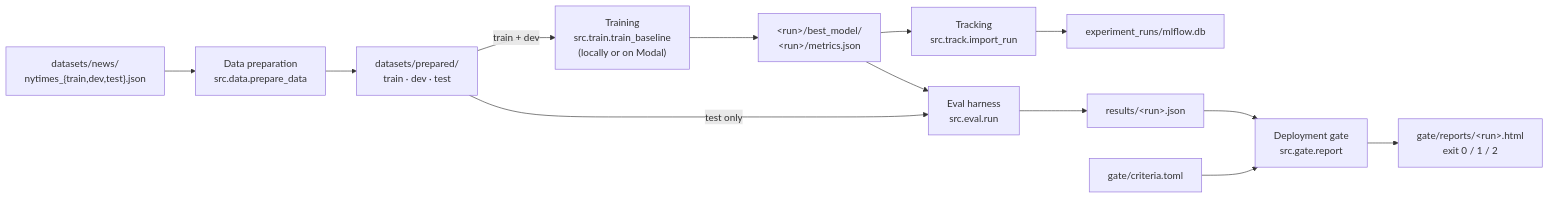
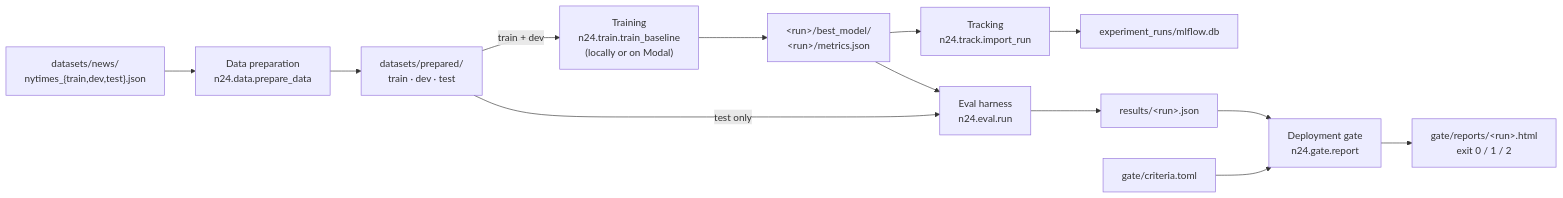
The diagram in README.md (gvkannan-explore/MultiLabel_N24), drawn with Mermaid before and after one commit. The commit also changed other lines of this file and 36 other files, not shown here.

````diff
--- a/README.md
+++ b/README.md
@@ -11,15 +11,15 @@
 ```mermaid
 flowchart LR
-    raw["datasets/news/<br/>nytimes_{train,dev,test}.json"] --> prep["Data preparation<br/>src.data.prepare_data"]
+    raw["datasets/news/<br/>nytimes_{train,dev,test}.json"] --> prep["Data preparation<br/>n24.data.prepare_data"]
     prep --> prepared["datasets/prepared/<br/>train · dev · test"]
-    prepared -- "train + dev" --> train["Training<br/>src.train.train_baseline<br/>(locally or on Modal)"]
+    prepared -- "train + dev" --> train["Training<br/>n24.train.train_baseline<br/>(locally or on Modal)"]
     train --> run["&lt;run&gt;/best_model/<br/>&lt;run&gt;/metrics.json"]
-    run --> track["Tracking<br/>src.track.import_run"]
+    run --> track["Tracking<br/>n24.track.import_run"]
     track --> mlflow["experiment_runs/mlflow.db"]
-    run --> eval["Eval harness<br/>src.eval.run"]
+    run --> eval["Eval harness<br/>n24.eval.run"]
     prepared -- "test only" --> eval
     eval --> results["results/&lt;run&gt;.json"]
-    results --> gate["Deployment gate<br/>src.gate.report"]
+    results --> gate["Deployment gate<br/>n24.gate.report"]
     criteria["gate/criteria.toml"] --> gate
     gate --> report["gate/reports/&lt;run&gt;.html<br/>exit 0 / 1 / 2"]
 ```
````
